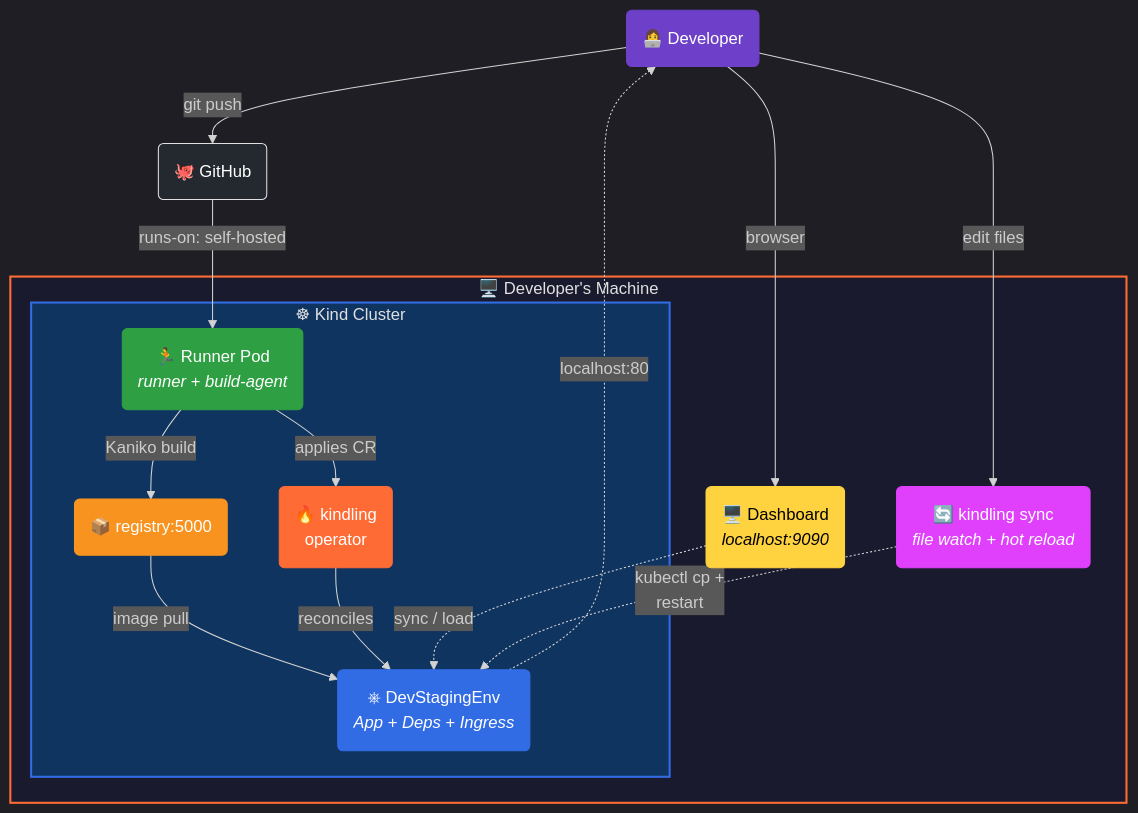
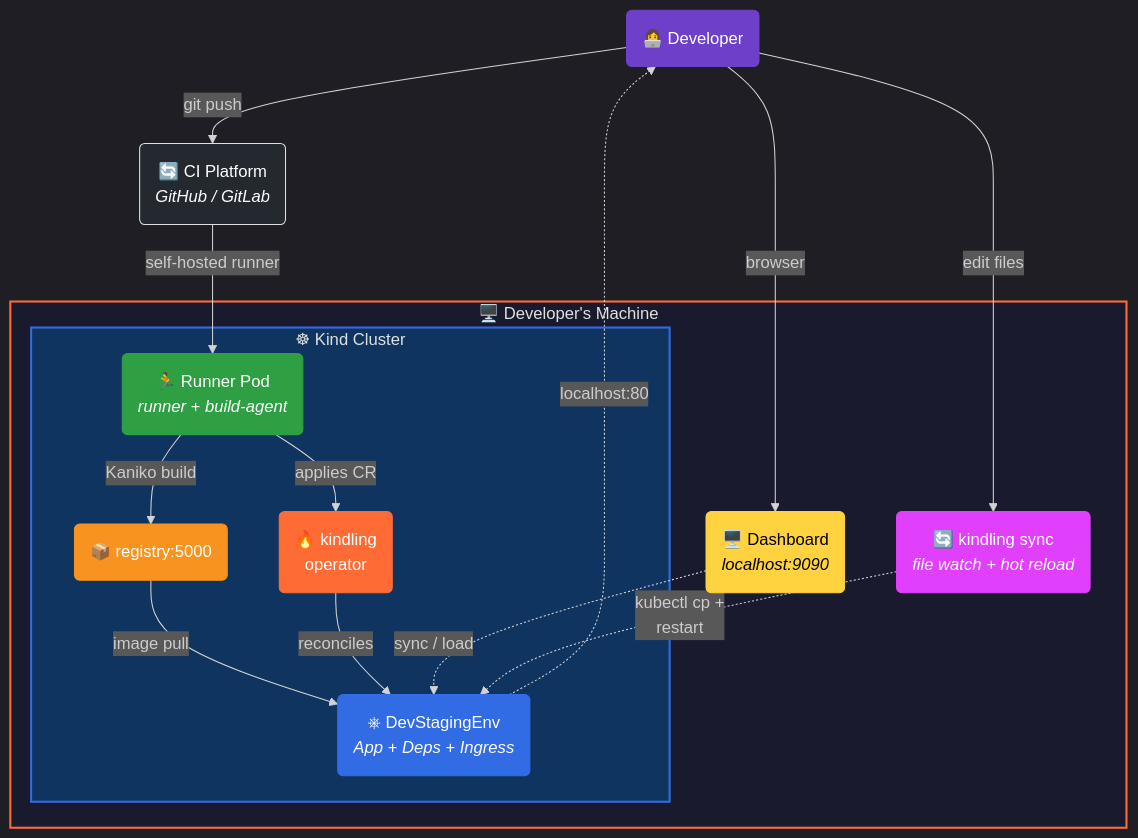
One commit to kindling-sh/kindling changed the diagram in README.md. Above: the diagram before and after it, drawn with Mermaid. The commit also changed other lines of this file and 48 other files, not shown here.

First line of the commit message:
v0.7.0: Multi-CI provider support (GitHub Actions + GitLab CI)

````diff
--- a/README.md
+++ b/README.md
@@ -139,42 +145,42 @@
 ```mermaid
 %%{init: {'theme': 'dark'}}%%
 flowchart TB
     dev("👩‍💻 Developer")
 
     subgraph machine["🖥️  Developer's Machine"]
         subgraph kind["☸  Kind Cluster"]
             controller("🔥 kindling\noperator")
             runner("🏃 Runner Pod\n<i>runner + build-agent</i>")
             registry("📦 registry:5000")
             staging("⎈ DevStagingEnv\n<i>App + Deps + Ingress</i>")
 
             runner -- "Kaniko build" --> registry
             registry -- "image pull" --> staging
             controller -- "reconciles" --> staging
             runner -- "applies CR" --> controller
         end
 
         dashboard("🖥️ Dashboard\n<i>localhost:9090</i>")
         sync("🔄 kindling sync\n<i>file watch + hot reload</i>")
 
         dashboard -. "sync / load" .-> staging
         sync -. "kubectl cp +\nrestart" .-> staging
     end
 
-    dev -- "git push" --> gh("🐙 GitHub")
-    gh -- "runs-on: self-hosted" --> runner
+    dev -- "git push" --> ci("🔄 CI Platform\n<i>GitHub / GitLab</i>")
+    ci -- "self-hosted runner" --> runner
     staging -. "localhost:80" .-> dev
     dev -- "edit files" --> sync
     dev -- "browser" --> dashboard
 
     style machine fill:#1a1a2e,stroke:#FF6B35,color:#e0e0e0,stroke-width:2px
     style kind fill:#0f3460,stroke:#326CE5,color:#e0e0e0,stroke-width:2px
     style controller fill:#FF6B35,stroke:#FF6B35,color:#fff
     style runner fill:#2ea043,stroke:#2ea043,color:#fff
     style registry fill:#F7931E,stroke:#F7931E,color:#fff
     style staging fill:#326CE5,stroke:#326CE5,color:#fff
     style dev fill:#6e40c9,stroke:#6e40c9,color:#fff
-    style gh fill:#24292f,stroke:#e0e0e0,color:#fff
+    style ci fill:#24292f,stroke:#e0e0e0,color:#fff
     style dashboard fill:#FFD23F,stroke:#FFD23F,color:#000
     style sync fill:#e040fb,stroke:#e040fb,color:#fff
 ```
````
